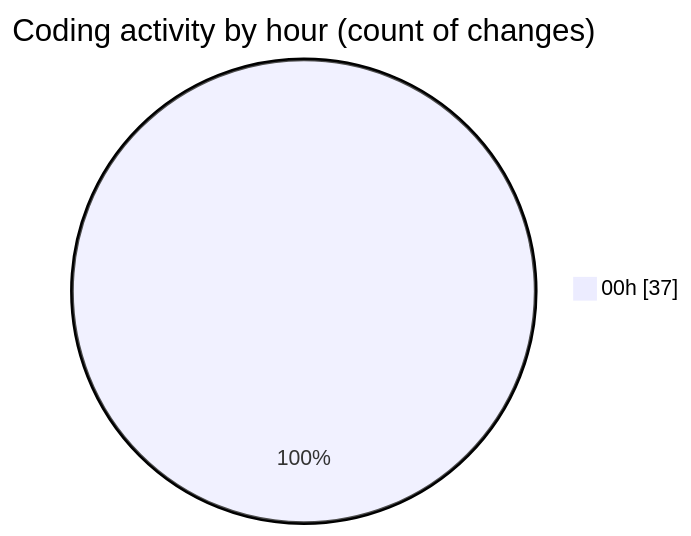
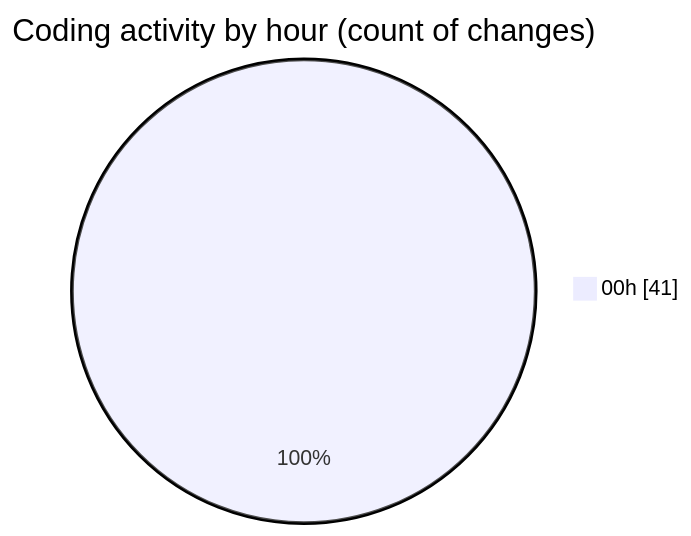
Before and after one commit to hasnaa123/code-tracking: the second of 2 diagrams in 2026-02-21/student_performance_system/README.md, drawn with Mermaid. The commit also changed other lines of this file and 1 other file, not shown here.

````diff
--- a/2026-02-21/student_performance_system/README.md
+++ b/2026-02-21/student_performance_system/README.md
@@ -28,5 +28,5 @@
 ```mermaid
 pie showData
 title Coding activity by hour (count of changes)
-"00h" : 37
+"00h" : 41
 ```
````
